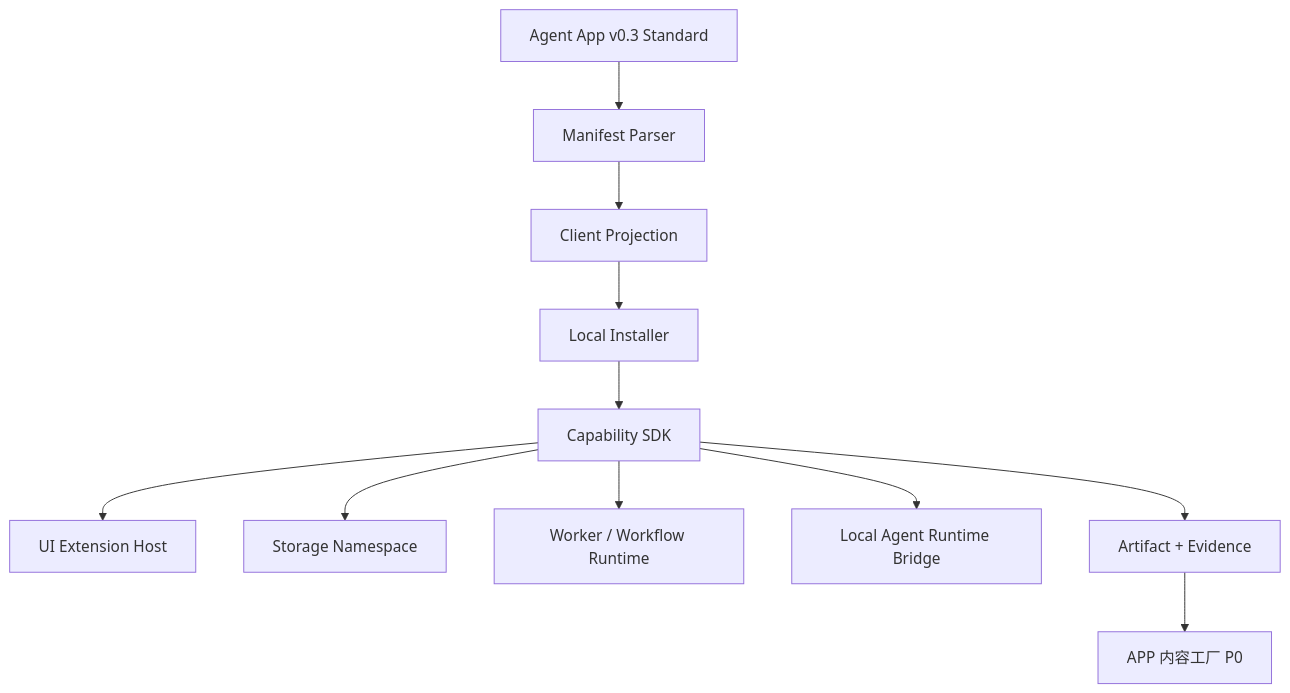
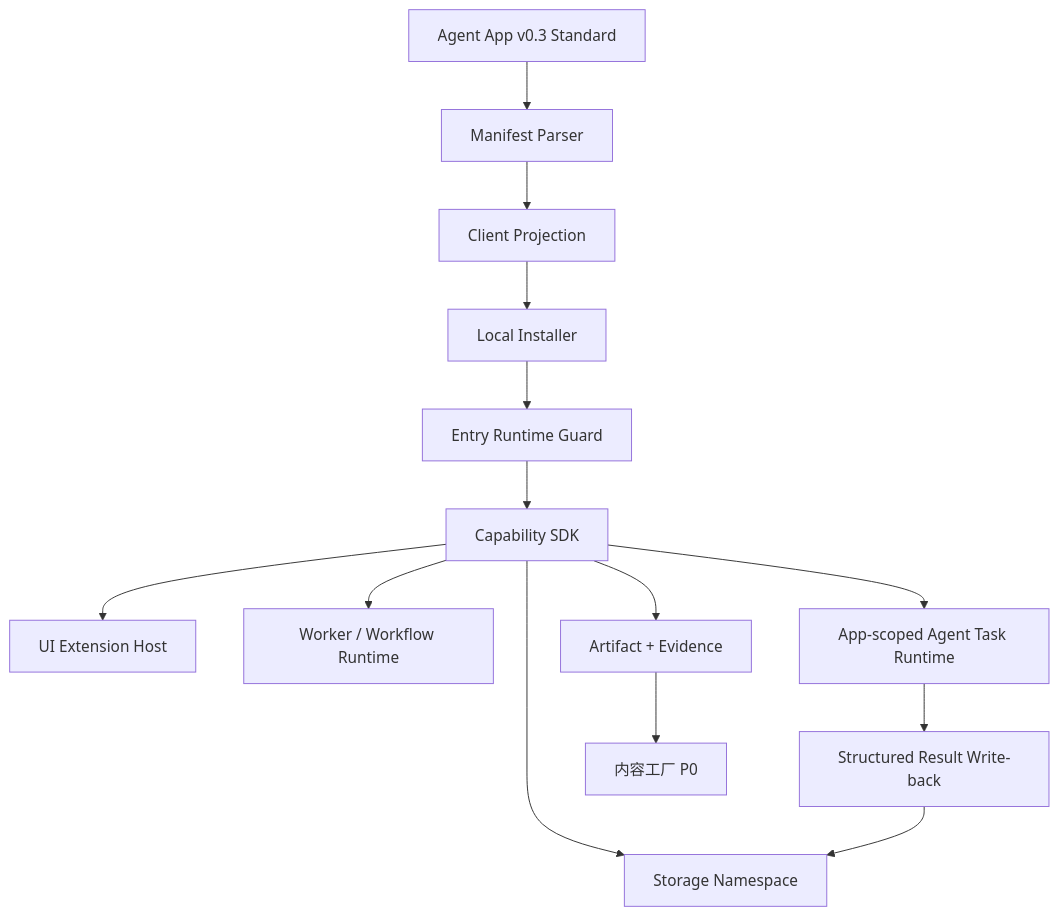
One commit to jiujuan/lime changed the diagram in docs/roadmap/agentapp/README.md. Above: the diagram before and after it, drawn with Mermaid. The commit also changed other lines of this file and 338 other files, not shown here.

````diff
--- a/docs/roadmap/agentapp/README.md
+++ b/docs/roadmap/agentapp/README.md
@@ -66,13 +112,16 @@
 ```mermaid
 flowchart TD
   Standard[Agent App v0.3 Standard] --> Parser[Manifest Parser]
   Parser --> Projection[Client Projection]
   Projection --> Installer[Local Installer]
-  Installer --> SDK[Capability SDK]
+  Installer --> Guard[Entry Runtime Guard]
+  Guard --> SDK[Capability SDK]
   SDK --> UI[UI Extension Host]
   SDK --> Storage[Storage Namespace]
   SDK --> Worker[Worker / Workflow Runtime]
-  SDK --> Agent[Local Agent Runtime Bridge]
+  SDK --> Agent[App-scoped Agent Task Runtime]
   SDK --> Artifact[Artifact + Evidence]
-  Artifact --> App[APP 内容工厂 P0]
+  Agent --> WriteBack[Structured Result Write-back]
+  WriteBack --> Storage
+  Artifact --> App[内容工厂 P0]
 ```
````
